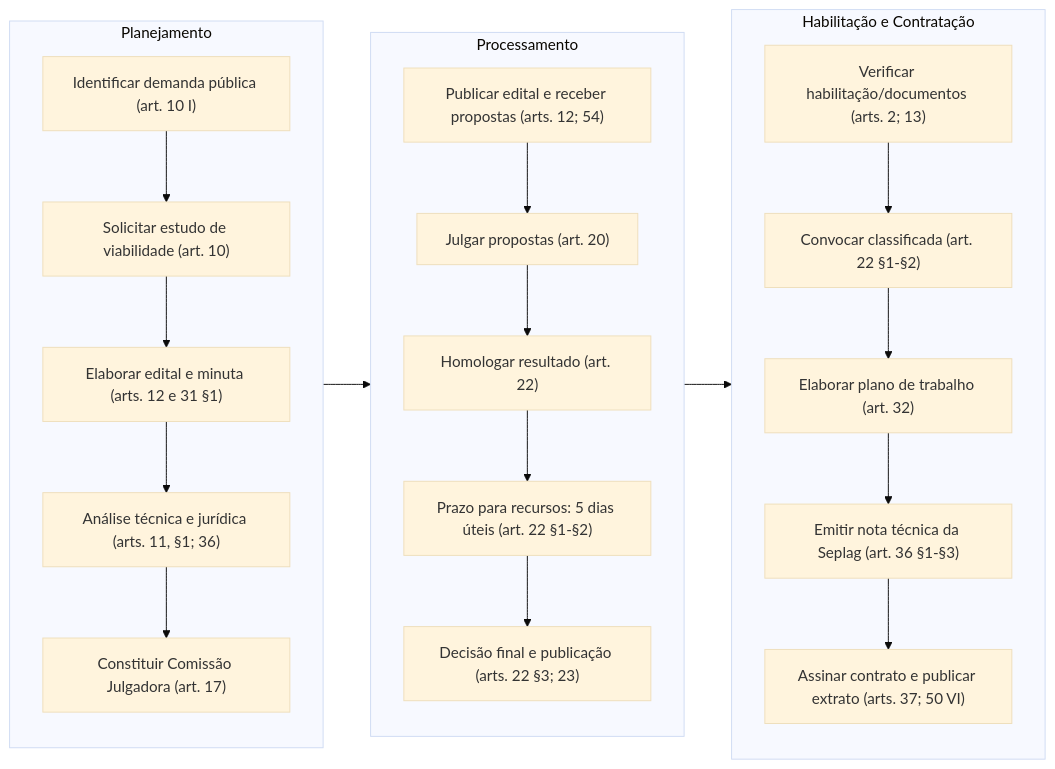
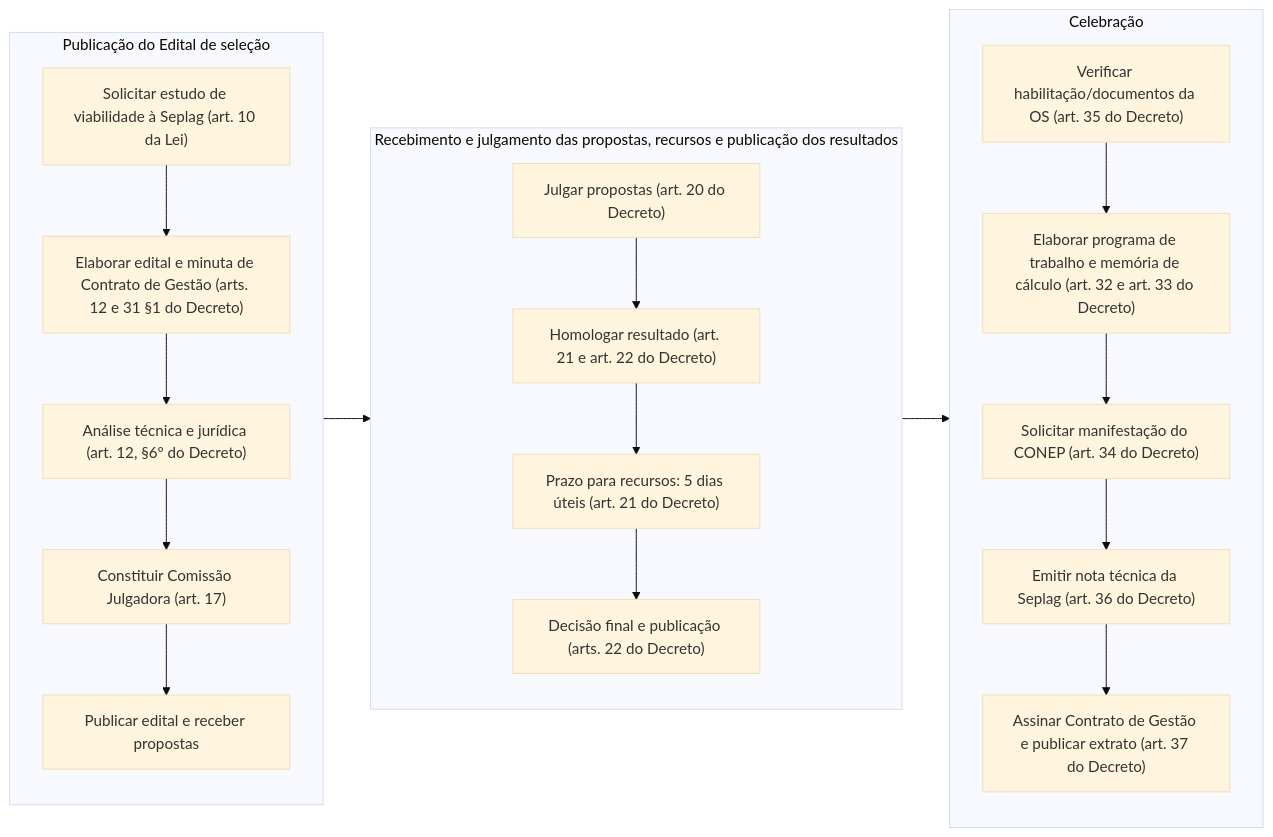
Before and after one commit to iepha-mg/manual.appi: the first of 2 diagrams in paginas/marcos_regulatorios/descentralizacao/OS/README.md, drawn with Mermaid (base theme). The commit also changed other lines of this file, not shown here.

```diff
--- a/paginas/marcos_regulatorios/descentralizacao/OS/README.md
+++ b/paginas/marcos_regulatorios/descentralizacao/OS/README.md
@@ -52,28 +52,27 @@
 <div class="mermaid">
 flowchart LR
-    subgraph Planejamento
-        A1["Identificar demanda pública (art. 10 I)"]
-        A2["Solicitar estudo de viabilidade (art. 10)"]
-        A3["Elaborar edital e minuta (arts. 12 e 31 §1)"]
-        A4["Análise técnica e jurídica (arts. 11, §1; 36)"]
-        A5["Constituir Comissão Julgadora (art. 17)"]
+    subgraph Publicação ["Publicação do Edital de seleção"]
+        A1["Solicitar estudo de viabilidade à Seplag (art. 10 da Lei)"]
+        A2["Elaborar edital e minuta de Contrato de Gestão (arts. 12 e 31 §1 do Decreto)"]
+        A3["Análise técnica e jurídica (art. 12, §6º do Decreto)"]
+        A4["Constituir Comissão Julgadora (art. 17)"]
+        A5["Publicar edital e receber propostas"]
         A1 --> A2 --> A3 --> A4 --> A5
     end
-    subgraph Processamento
-        B1["Publicar edital e receber propostas (arts. 12; 54)"]
-        B2["Julgar propostas (art. 20)"]
-        B3["Homologar resultado (art. 22)"]
-        B4["Prazo para recursos: 5 dias úteis (art. 22 §1-§2)"]
-        B5["Decisão final e publicação (arts. 22 §3; 23)"]
-        B1 --> B2 --> B3 --> B4 --> B5
+    subgraph Seleção ["Recebimento e julgamento das propostas, recursos e publicação dos resultados"]
+        B1["Julgar propostas (art. 20 do Decreto)"]
+        B2["Homologar resultado (art. 21 e art. 22 do Decreto)"]
+        B3["Prazo para recursos: 5 dias úteis (art. 21 do Decreto)"]
+        B4["Decisão final e publicação (arts. 22 do Decreto)"]
+        B1 --> B2 --> B3 --> B4
     end
-    subgraph Habilitação ["Habilitação e Contratação"]
-        C1["Verificar habilitação/documentos (arts. 2; 13)"]
-        C2["Convocar classificada (art. 22 §1-§2)"]
-        C3["Elaborar plano de trabalho (art. 32)"]
-        C4["Emitir nota técnica da Seplag (art. 36 §1-§3)"]
-        C5["Assinar contrato e publicar extrato (arts. 37; 50 VI)"]
+    subgraph Celebração
+        C1["Verificar habilitação/documentos da OS (art. 35 do Decreto)"]
+        C2["Elaborar programa de trabalho e memória de cálculo (art. 32 e art. 33 do Decreto)"]
+        C3["Solicitar manifestação do CONEP (art. 34 do Decreto)"]
+        C4["Emitir nota técnica da Seplag (art. 36 do Decreto)"]
+        C5["Assinar Contrato de Gestão e publicar extrato (art. 37 do Decreto)"]
         C1 --> C2 --> C3 --> C4 --> C5
     end
-    Planejamento --> Processamento --> Habilitação
+    Publicação --> Seleção --> Celebração
 </div>
```
